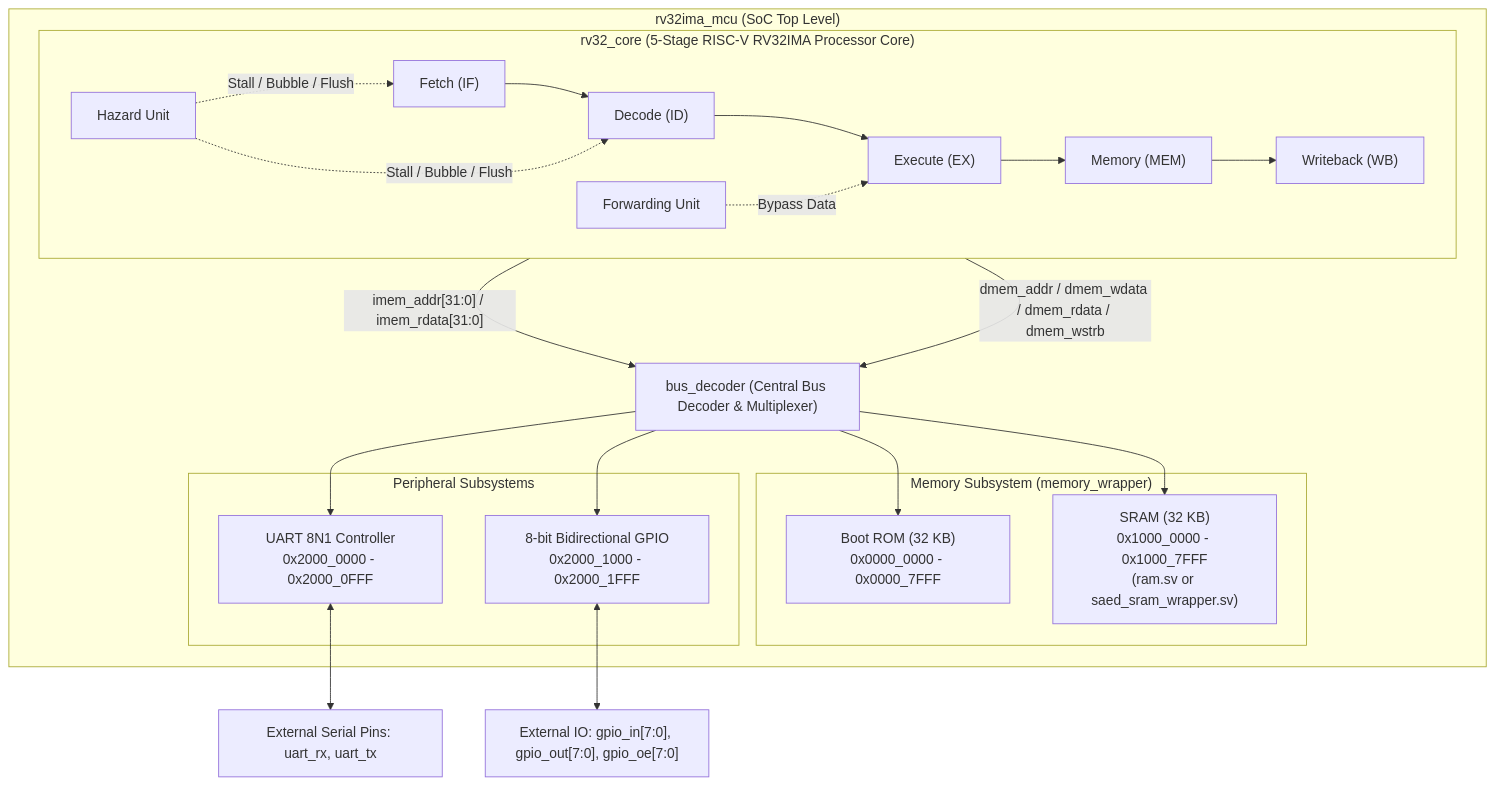
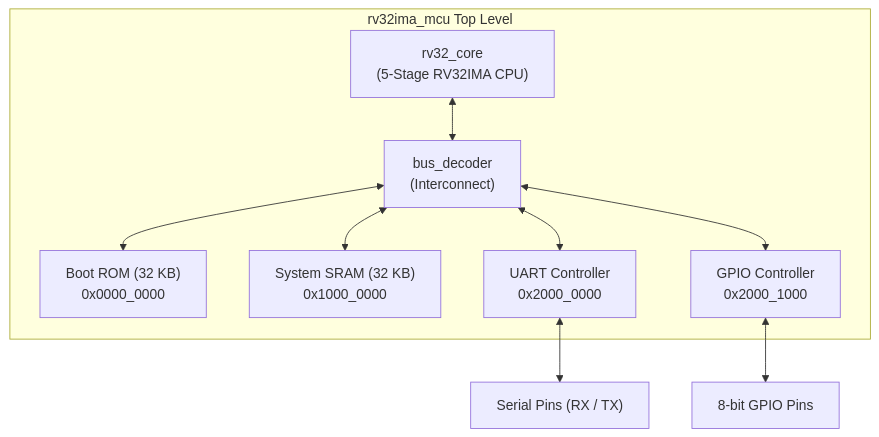
Before and after one commit to asronal/RV32IMA-microcontroller: the first of 5 diagrams in docs/architecture.md, drawn with Mermaid. The commit also changed other lines of this file and 5 other files, not shown here.

````diff
--- a/docs/architecture.md
+++ b/docs/architecture.md
@@ -15,38 +15,14 @@
 ```mermaid
-flowchart TB
-    subgraph SoC ["rv32ima_mcu (SoC Top Level)"]
-        subgraph CPU ["rv32_core (5-Stage RISC-V RV32IMA Processor Core)"]
-            IF["Fetch (IF)"] --> ID["Decode (ID)"]
-            ID --> EX["Execute (EX)"]
-            EX --> MEM["Memory (MEM)"]
-            MEM --> WB["Writeback (WB)"]
-
-            FWD["Forwarding Unit"] -. Bypass Data .-> EX
-            HZD["Hazard Unit"] -. Stall / Bubble / Flush .-> IF
-            HZD -. Stall / Bubble / Flush .-> ID
-        end
-
-        BUS["bus_decoder (Central Bus Decoder & Multiplexer)"]
-
-        CPU -- "imem_addr[31:0] / imem_rdata[31:0]" --> BUS
-        CPU -- "dmem_addr / dmem_wdata / dmem_rdata / dmem_wstrb" --> BUS
-
-        subgraph MemSubsystem ["Memory Subsystem (memory_wrapper)"]
-            ROM["Boot ROM (32 KB)\n0x0000_0000 - 0x0000_7FFF"]
-            SRAM["SRAM (32 KB)\n0x1000_0000 - 0x1000_7FFF\n(ram.sv or saed_sram_wrapper.sv)"]
-        end
-
-        subgraph Peripherals ["Peripheral Subsystems"]
-            UART["UART 8N1 Controller\n0x2000_0000 - 0x2000_0FFF"]
-            GPIO["8-bit Bidirectional GPIO\n0x2000_1000 - 0x2000_1FFF"]
-        end
-
-        BUS --> ROM
-        BUS --> SRAM
-        BUS --> UART
-        BUS --> GPIO
+flowchart TD
+    subgraph SoC ["rv32ima_mcu Top Level"]
+        CPU["rv32_core\n(5-Stage RV32IMA CPU)"] <--> BUS["bus_decoder\n(Interconnect)"]
+        
+        BUS <--> ROM["Boot ROM (32 KB)\n0x0000_0000"]
+        BUS <--> RAM["System SRAM (32 KB)\n0x1000_0000"]
+        BUS <--> UART["UART Controller\n0x2000_0000"]
+        BUS <--> GPIO["GPIO Controller\n0x2000_1000"]
     end
 
-    UART <--> UART_IO["External Serial Pins: uart_rx, uart_tx"]
-    GPIO <--> GPIO_IO["External IO: gpio_in[7:0], gpio_out[7:0], gpio_oe[7:0]"]
+    UART <--> ExtUART["Serial Pins (RX / TX)"]
+    GPIO <--> ExtGPIO["8-bit GPIO Pins"]
 ```
````
